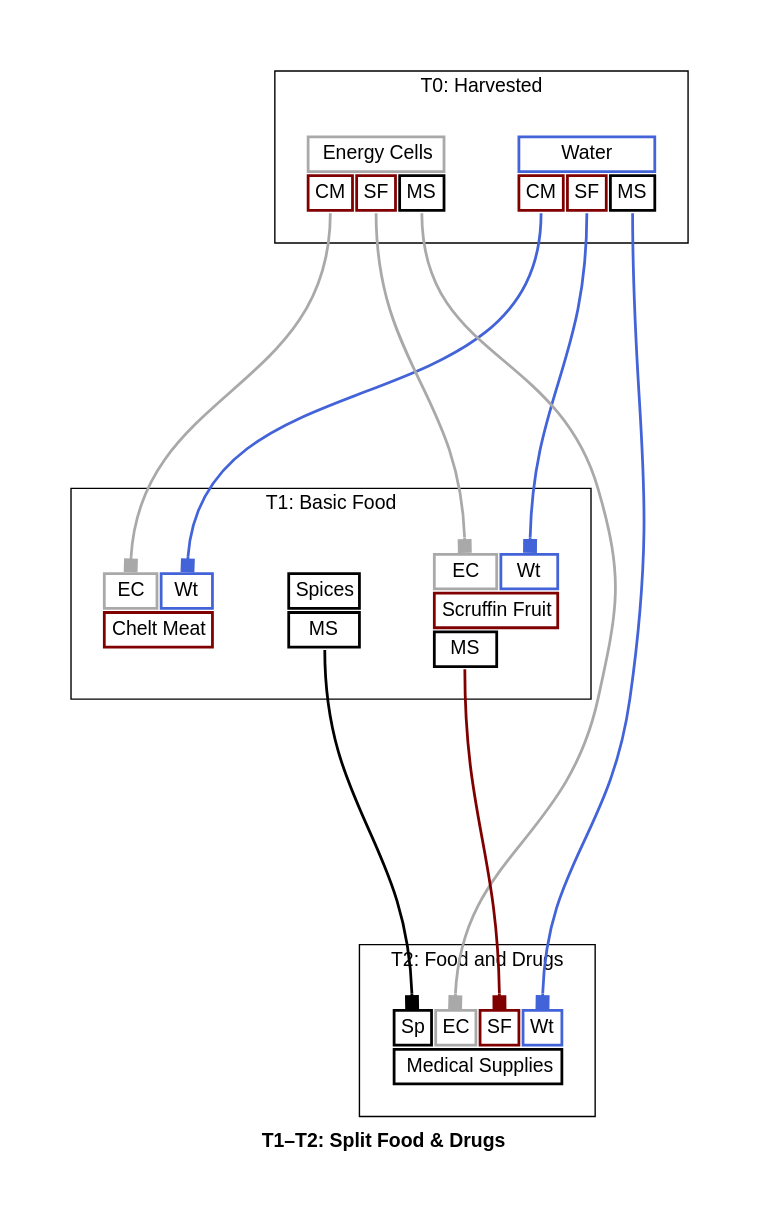
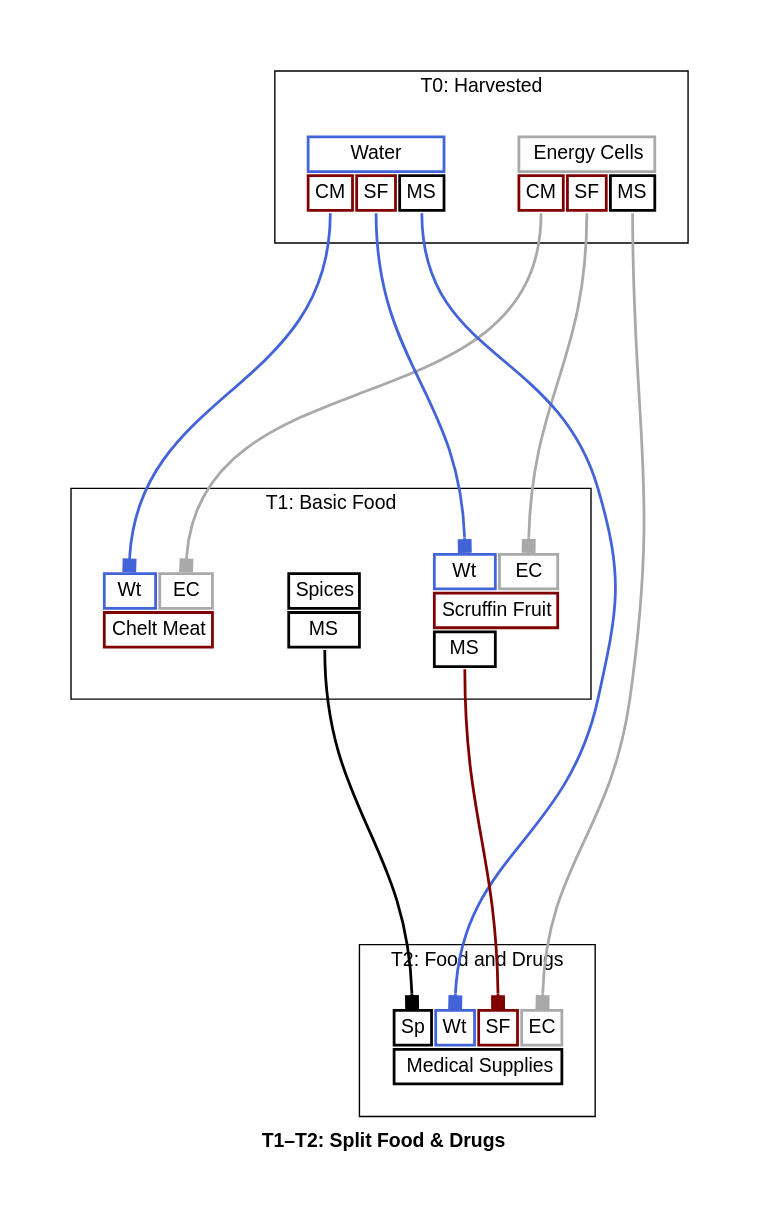
The diagram in docs/t1_t2_split_food_drugs_graph_full.dot (borntyping/x4-diagrams), drawn with Graphviz before and after one commit. The commit also changed other lines of this file and 46 other files, not shown here.

```diff
--- a/docs/t1_t2_split_food_drugs_graph_full.dot
+++ b/docs/t1_t2_split_food_drugs_graph_full.dot
@@ -1,127 +1,127 @@
 digraph "X4 Economy" {
 	edge [arrowType=normal]
 	compound=true fontname="Helvetica,Arial,sans-serif"
 	label=<<b>T1–T2: Split Food &amp; Drugs</b>>
 	graph [nodesep=0.3 pad=0.5 ranksep=3]
 	node [color=slategray1 fontname="Helvetica,Arial,sans-serif" margin=0.2 penwidth=2.0 shape=plaintext]
 	edge [arrowhead=normal arrowsize=1.0 fontname="Helvetica,Arial,sans-serif" headport=n penwidth=2.0 tailport=s]
 	subgraph 0 {
 		cluster=true label="T0: Harvested"
+		energy_cells [label=<<table border="0" cellborder="2" cellpadding="4" cellspacing="1" fixedsize="false" id="energy_cells" port="output">
+  
+  <tr>
+    <td align="text" bgcolor="white" color="#a9a9a9" colspan="3">Energy Cells</td>
+  </tr>
+  
+    <tr>
+      
+        <td align="text" bgcolor="white" color="#800000" port="chelt_meat">CM</td>
+      
+        <td align="text" bgcolor="white" color="#800000" port="scruffin_fruits">SF</td>
+      
+        <td align="text" bgcolor="white" color="#000000" port="medical_supplies">MS</td>
+      
+    </tr>
+  
+</table>>]
 		water [label=<<table border="0" cellborder="2" cellpadding="4" cellspacing="1" fixedsize="false" id="water" port="output">
   
   <tr>
     <td align="text" bgcolor="white" color="#4363d8" colspan="3">Water</td>
   </tr>
   
     <tr>
       
         <td align="text" bgcolor="white" color="#800000" port="chelt_meat">CM</td>
       
         <td align="text" bgcolor="white" color="#800000" port="scruffin_fruits">SF</td>
       
         <td align="text" bgcolor="white" color="#000000" port="medical_supplies">MS</td>
       
     </tr>
   
 </table>>]
-		energy_cells [label=<<table border="0" cellborder="2" cellpadding="4" cellspacing="1" fixedsize="false" id="energy_cells" port="output">
-  
-  <tr>
-    <td align="text" bgcolor="white" color="#a9a9a9" colspan="3">Energy Cells</td>
-  </tr>
-  
-    <tr>
-      
-        <td align="text" bgcolor="white" color="#800000" port="chelt_meat">CM</td>
-      
-        <td align="text" bgcolor="white" color="#800000" port="scruffin_fruits">SF</td>
-      
-        <td align="text" bgcolor="white" color="#000000" port="medical_supplies">MS</td>
-      
-    </tr>
-  
-</table>>]
 	}
 	subgraph 1 {
 		cluster=true label="T1: Basic Food"
-		spices [label=<<table border="0" cellborder="2" cellpadding="4" cellspacing="1" fixedsize="false" id="spices" port="output">
-  
-  <tr>
-    <td align="text" bgcolor="white" color="#000000" colspan="1">Spices</td>
-  </tr>
-  
-    <tr>
-      
-        <td align="text" bgcolor="white" color="#000000" port="medical_supplies">MS</td>
-      
-    </tr>
-  
-</table>>]
 		chelt_meat [label=<<table border="0" cellborder="2" cellpadding="4" cellspacing="1" fixedsize="false" id="chelt_meat" port="output">
   
     <tr>
       
+        <td align="text" bgcolor="white" color="#4363d8" port="water">Wt</td>
+      
         <td align="text" bgcolor="white" color="#a9a9a9" port="energy_cells">EC</td>
-      
-        <td align="text" bgcolor="white" color="#4363d8" port="water">Wt</td>
       
     </tr>
   
   <tr>
     <td align="text" bgcolor="white" color="#800000" colspan="2">Chelt Meat</td>
   </tr>
   
 </table>>]
 		scruffin_fruits [label=<<table border="0" cellborder="2" cellpadding="4" cellspacing="1" fixedsize="false" id="scruffin_fruits" port="output">
   
     <tr>
       
+        <td align="text" bgcolor="white" color="#4363d8" port="water">Wt</td>
+      
         <td align="text" bgcolor="white" color="#a9a9a9" port="energy_cells">EC</td>
-      
-        <td align="text" bgcolor="white" color="#4363d8" port="water">Wt</td>
       
     </tr>
   
   <tr>
     <td align="text" bgcolor="white" color="#800000" colspan="2">Scruffin Fruit</td>
+  </tr>
+  
+    <tr>
+      
+        <td align="text" bgcolor="white" color="#000000" port="medical_supplies">MS</td>
+      
+    </tr>
+  
+</table>>]
+		spices [label=<<table border="0" cellborder="2" cellpadding="4" cellspacing="1" fixedsize="false" id="spices" port="output">
+  
+  <tr>
+    <td align="text" bgcolor="white" color="#000000" colspan="1">Spices</td>
   </tr>
   
     <tr>
       
         <td align="text" bgcolor="white" color="#000000" port="medical_supplies">MS</td>
       
     </tr>
   
 </table>>]
 	}
 	subgraph 2 {
 		cluster=true label="T2: Food and Drugs"
 		medical_supplies [label=<<table border="0" cellborder="2" cellpadding="4" cellspacing="1" fixedsize="false" id="medical_supplies" port="output">
   
     <tr>
       
         <td align="text" bgcolor="white" color="#000000" port="spices">Sp</td>
       
-        <td align="text" bgcolor="white" color="#a9a9a9" port="energy_cells">EC</td>
+        <td align="text" bgcolor="white" color="#4363d8" port="water">Wt</td>
       
         <td align="text" bgcolor="white" color="#800000" port="scruffin_fruits">SF</td>
       
-        <td align="text" bgcolor="white" color="#4363d8" port="water">Wt</td>
+        <td align="text" bgcolor="white" color="#a9a9a9" port="energy_cells">EC</td>
       
     </tr>
   
   <tr>
     <td align="text" bgcolor="white" color="#000000" colspan="4">Medical Supplies</td>
   </tr>
   
 </table>>]
 	}
 	energy_cells:chelt_meat:s -> chelt_meat:energy_cells:n [arrowhead=box color="#a9a9a9" weight=1.0]
 	water:chelt_meat:s -> chelt_meat:water:n [arrowhead=box color="#4363d8" weight=1.0]
 	energy_cells:scruffin_fruits:s -> scruffin_fruits:energy_cells:n [arrowhead=box color="#a9a9a9" weight=1.0]
 	water:scruffin_fruits:s -> scruffin_fruits:water:n [arrowhead=box color="#4363d8" weight=1.0]
 	energy_cells:medical_supplies:s -> medical_supplies:energy_cells:n [arrowhead=box color="#a9a9a9" weight=1.0]
 	scruffin_fruits:medical_supplies:s -> medical_supplies:scruffin_fruits:n [arrowhead=box color="#800000" weight=1.0]
 	spices:medical_supplies:s -> medical_supplies:spices:n [arrowhead=box color="#000000" weight=1.0]
 	water:medical_supplies:s -> medical_supplies:water:n [arrowhead=box color="#4363d8" weight=1.0]
 }
```
